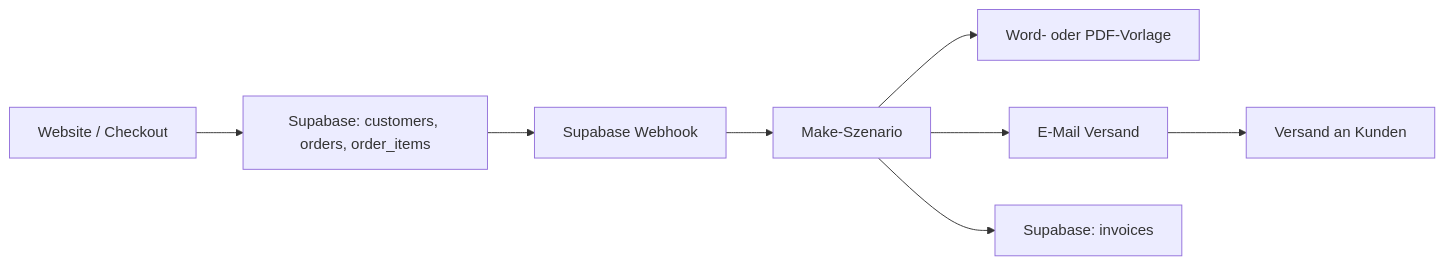
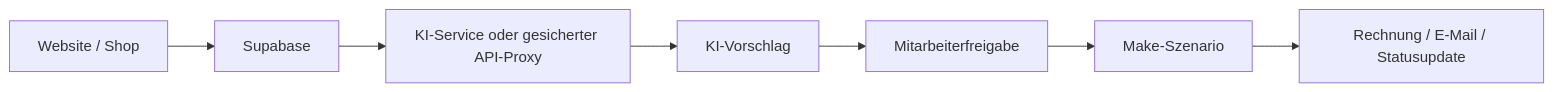
The second of 2 diagrams in docs/architecture.md (HamidK193/IDP-KI-im-Unternehmen-), drawn with Mermaid before and after one commit. The commit also changed other lines of this file and 27 other files, not shown here.

````diff
--- a/docs/architecture.md
+++ b/docs/architecture.md
@@ -5,10 +44,9 @@
 ```mermaid
 flowchart LR
-    A["Website / Checkout"] --> B["Supabase: customers, orders, order_items"]
-    B --> C["Supabase Webhook"]
-    C --> D["Make-Szenario"]
-    D --> E["Word- oder PDF-Vorlage"]
-    D --> F["E-Mail Versand"]
-    D --> G["Supabase: invoices"]
-    F --> H["Versand an Kunden"]
+    A["Website / Shop"] --> B["Supabase"]
+    B --> C["KI-Service oder gesicherter API-Proxy"]
+    C --> D["KI-Vorschlag"]
+    D --> E["Mitarbeiterfreigabe"]
+    E --> F["Make-Szenario"]
+    F --> G["Rechnung / E-Mail / Statusupdate"]
 ```
````
